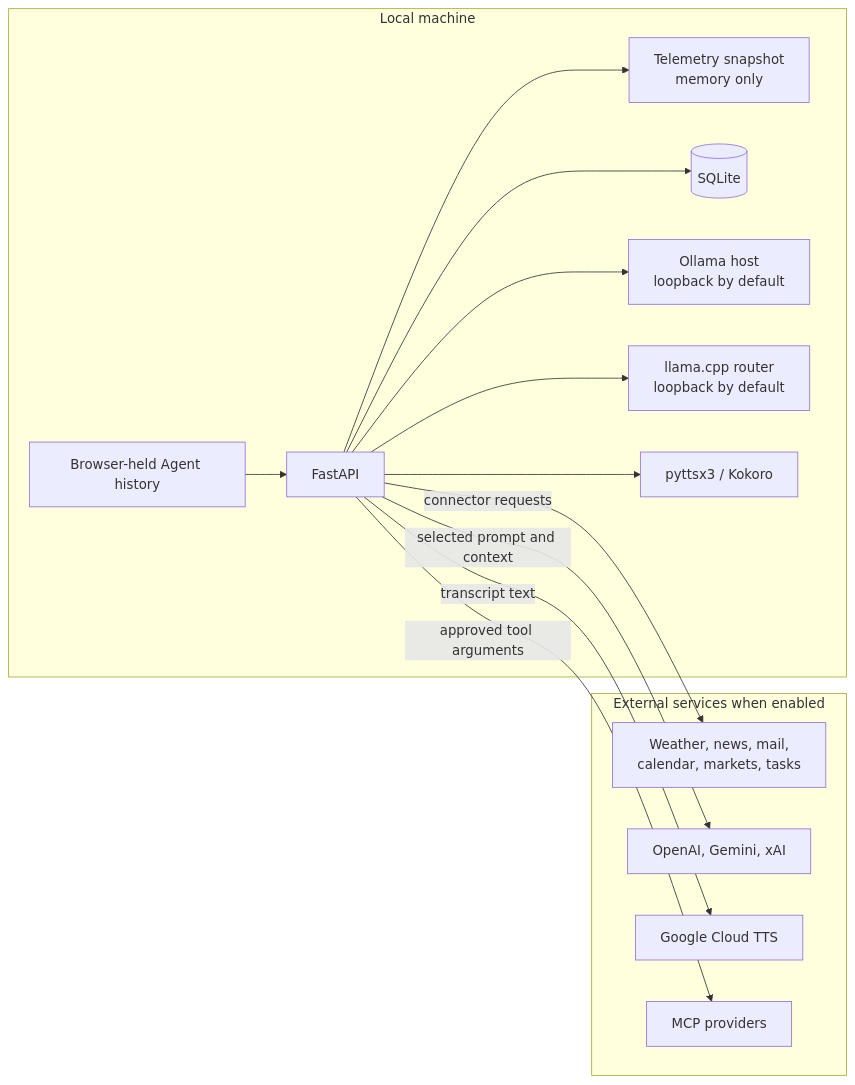
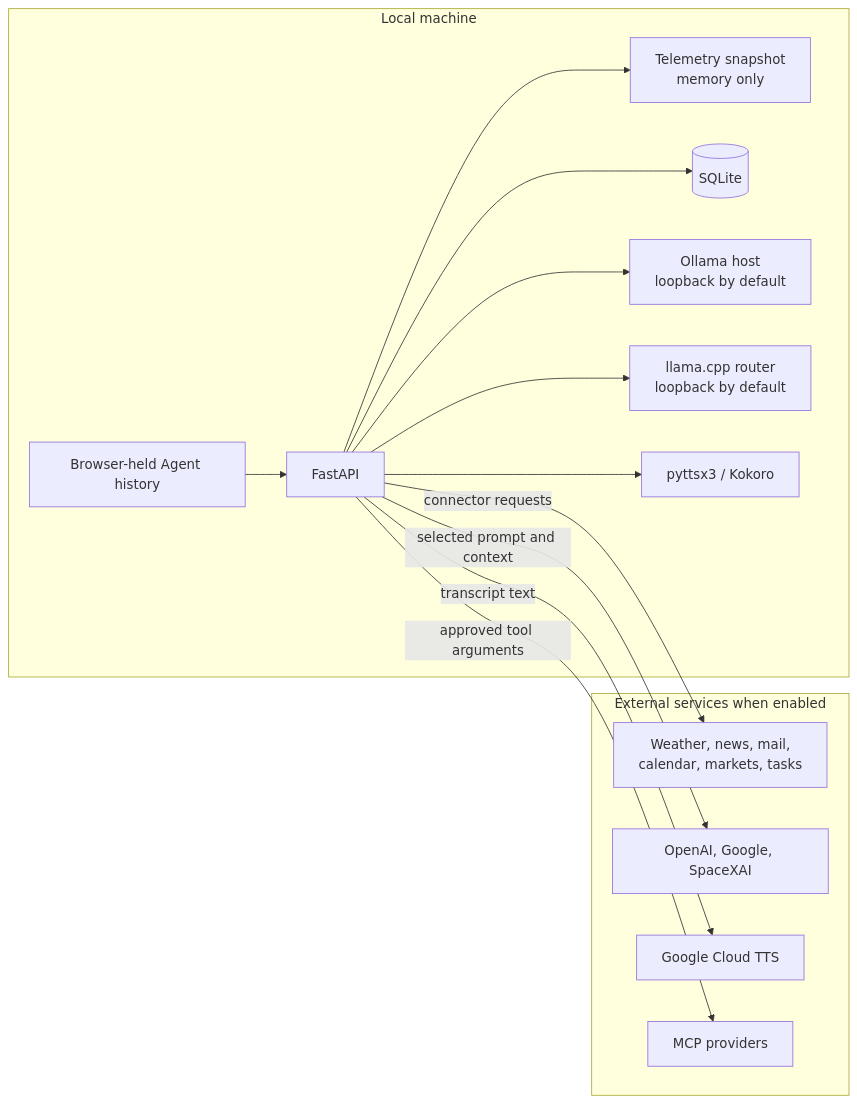
One commit to edumarcano/APEX changed the diagram in docs/privacy.md. Above: the diagram before and after it, drawn with Mermaid. The commit also changed other lines of this file and 11 other files, not shown here.

````diff
--- a/docs/privacy.md
+++ b/docs/privacy.md
@@ -20,33 +20,33 @@
 ```mermaid
 flowchart LR
     subgraph LOCAL["Local machine"]
         BROWSER["Browser-held Agent history"]
         API["FastAPI"]
         SNAPSHOT["Telemetry snapshot<br/>memory only"]
         DB[("SQLite")]
         OLLAMA["Ollama host
 loopback by default"]
         LLAMA["llama.cpp router
 loopback by default"]
         LOCAL_TTS["pyttsx3 / Kokoro"]
 
         BROWSER --> API
         API --> SNAPSHOT
         API --> DB
         API --> OLLAMA
         API --> LLAMA
         API --> LOCAL_TTS
     end
 
     subgraph EXTERNAL["External services when enabled"]
         CONNECTORS["Weather, news, mail,<br/>calendar, markets, tasks"]
-        CLOUD_AGENTS["OpenAI, Gemini, xAI"]
+        CLOUD_AGENTS["OpenAI, Google, SpaceXAI"]
         CLOUD_TTS["Google Cloud TTS"]
         MCP["MCP providers"]
     end
 
     API -->|"connector requests"| CONNECTORS
     API -->|"selected prompt and context"| CLOUD_AGENTS
     API -->|"transcript text"| CLOUD_TTS
     API -->|"approved tool arguments"| MCP
 ```
````
